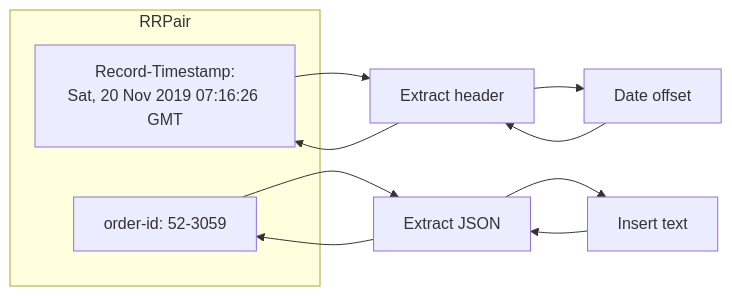
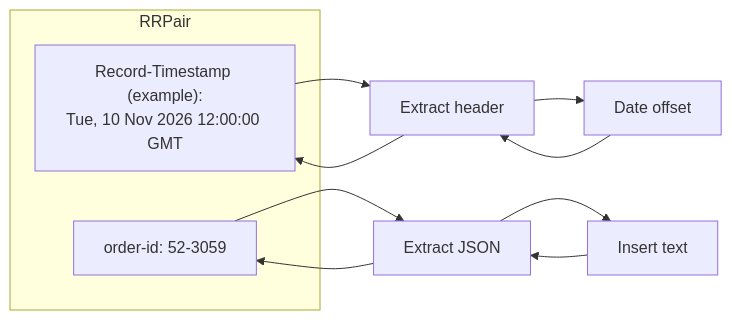
Before and after one commit to speedscale/docs: the second of 2 diagrams in docs/concepts/transforms.md, drawn with Mermaid. The commit also changed other lines of this file and 42 other files, not shown here.

First line of the commit message:
Refresh snapshot visuals and documentation diagrams (#885)

````diff
--- a/docs/concepts/transforms.md
+++ b/docs/concepts/transforms.md
@@ -44,12 +51,12 @@
 ```mermaid
 flowchart LR
     subgraph rrpair["RRPair"]
-        header["Record-Timestamp:<br/>Sat, 20 Nov 2019 07:16:26 GMT"]
+        header["Record-Timestamp (example):<br/>Tue, 10 Nov 2026 12:00:00 GMT"]
         body["order-id: 52-3059"]
     end
 
     header --> extractHeader["Extract header"] --> dateOffset["Date offset"]
     dateOffset --> extractHeader --> header
     body --> extractJson["Extract JSON"] --> insertText["Insert text"]
     insertText --> extractJson --> body
 ```
````
